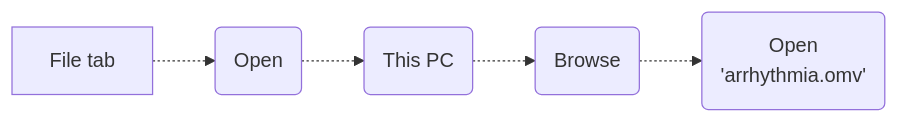
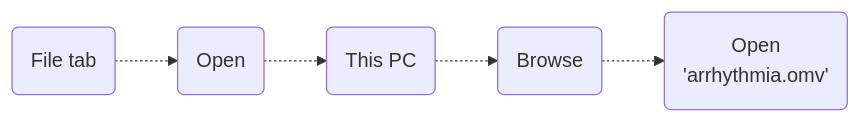
One commit to bougioukas/MedStatsJamovi changed the first of 2 diagrams in lab1.qmd. Above: the diagram before and after it, drawn with Mermaid. The commit also changed other lines of this file and 48 other files, not shown here.

````diff
--- a/lab1.qmd
+++ b/lab1.qmd
@@ -230,4 +231,4 @@
 ```{mermaid}
 flowchart LR
-  A[File tab ] -.-> B(Open) -.-> C(This PC) -.-> D(Browse) -.-> E(Open \n 'arrhythmia.omv')
+  A(File tab) -.-> B(Open) -.-> C(This PC) -.-> D(Browse) -.-> E(Open \n 'arrhythmia.omv')
 ```
````
